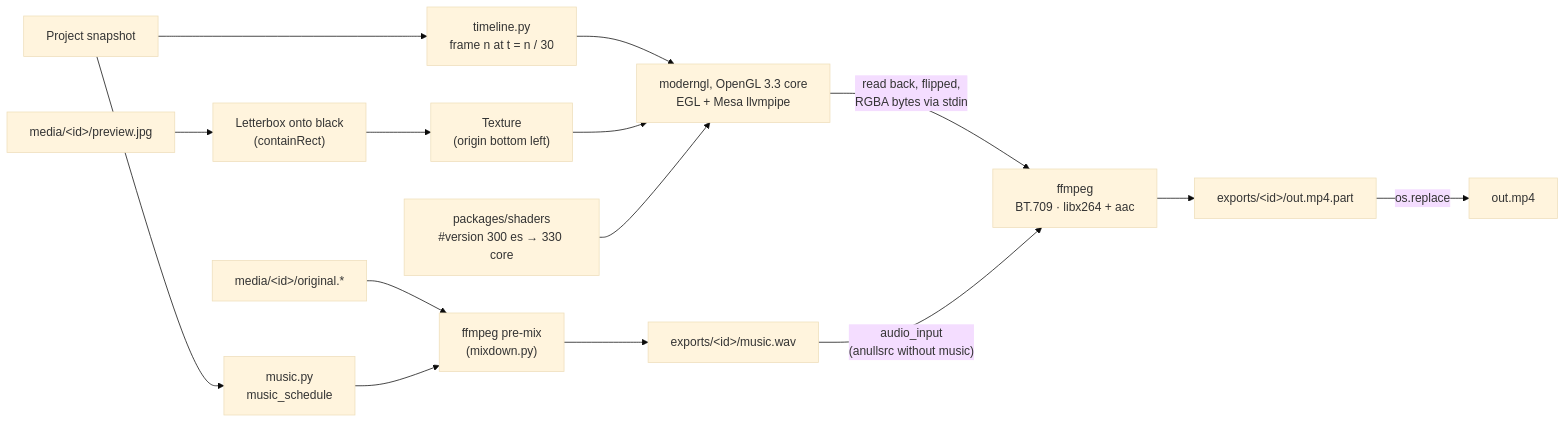
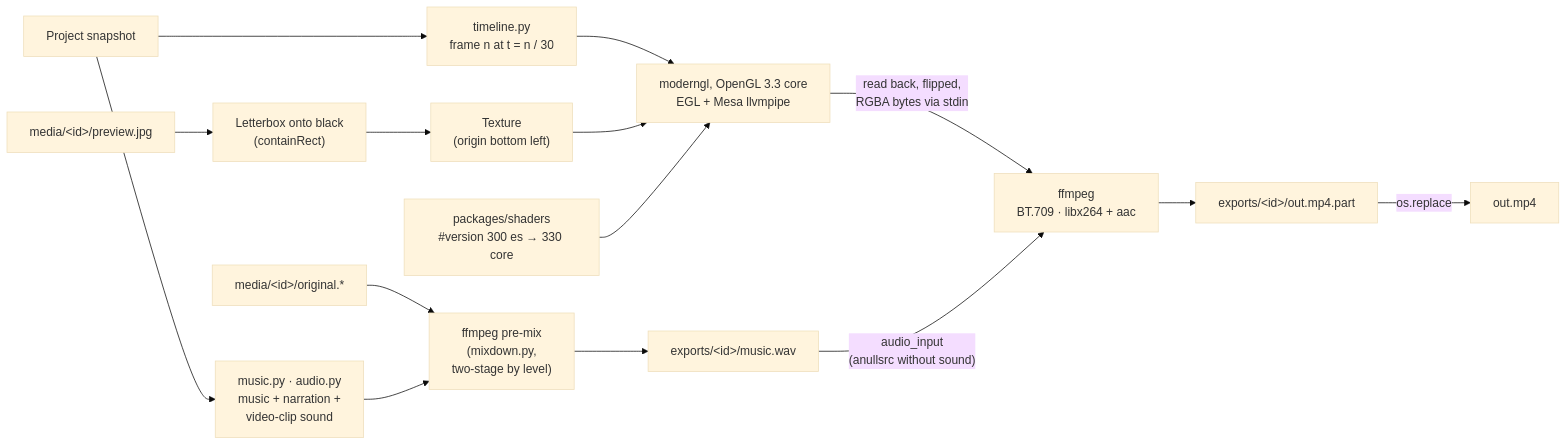
Before and after one commit to JoMe92/moviemakery2k: the second of 3 diagrams in docs/architecture.md, drawn with Mermaid (base theme). The commit also changed other lines of this file and 13 other files, not shown here.

First line of the commit message:
feat(export): mix narration and clip sound in two stages [MMY-c1l]

````diff
--- a/docs/architecture.md
+++ b/docs/architecture.md
@@ -322,15 +322,15 @@
 ```mermaid
 flowchart LR
   Snap["Project snapshot"] --> TLp["timeline.py<br/>frame n at t = n / 30"]
-  Snap --> MSp["music.py<br/>music_schedule"]
+  Snap --> MSp["music.py · audio.py<br/>music + narration +<br/>video-clip sound"]
   ORIG["media/&lt;id&gt;/original.*"] --> Mixd
-  MSp --> Mixd["ffmpeg pre-mix<br/>(mixdown.py)"] --> WAV["exports/&lt;id&gt;/music.wav"]
+  MSp --> Mixd["ffmpeg pre-mix<br/>(mixdown.py,<br/>two-stage by level)"] --> WAV["exports/&lt;id&gt;/music.wav"]
   JPG["media/&lt;id&gt;/preview.jpg"] --> LB["Letterbox onto black<br/>(containRect)"]
   LB --> Tex["Texture<br/>(origin bottom left)"]
   TLp --> Draw
   Tex --> Draw["moderngl, OpenGL 3.3 core<br/>EGL + Mesa llvmpipe"]
   SH["packages/shaders<br/>#version 300 es → 330 core"] --> Draw
   Draw -- "read back, flipped,<br/>RGBA bytes via stdin" --> FFm["ffmpeg<br/>BT.709 · libx264 + aac"]
-  WAV -- "audio_input<br/>(anullsrc without music)" --> FFm
+  WAV -- "audio_input<br/>(anullsrc without sound)" --> FFm
   FFm --> Part["exports/&lt;id&gt;/out.mp4.part"] -- "os.replace" --> MP4["out.mp4"]
 ```
````
